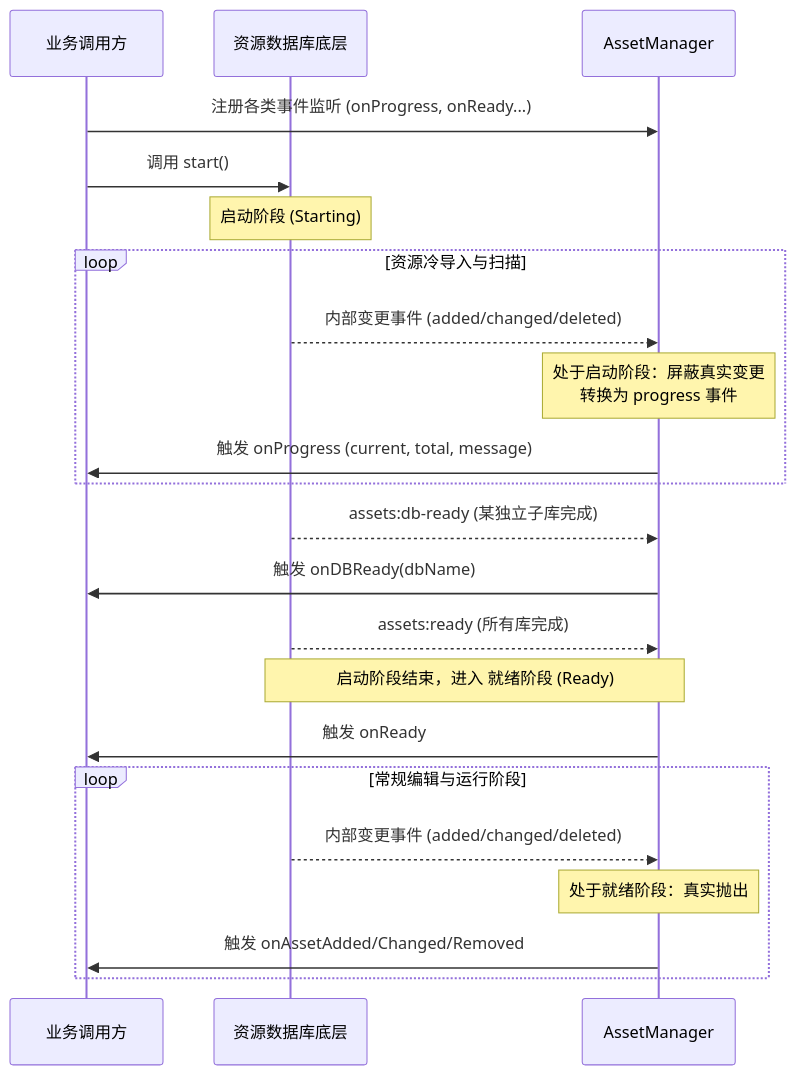
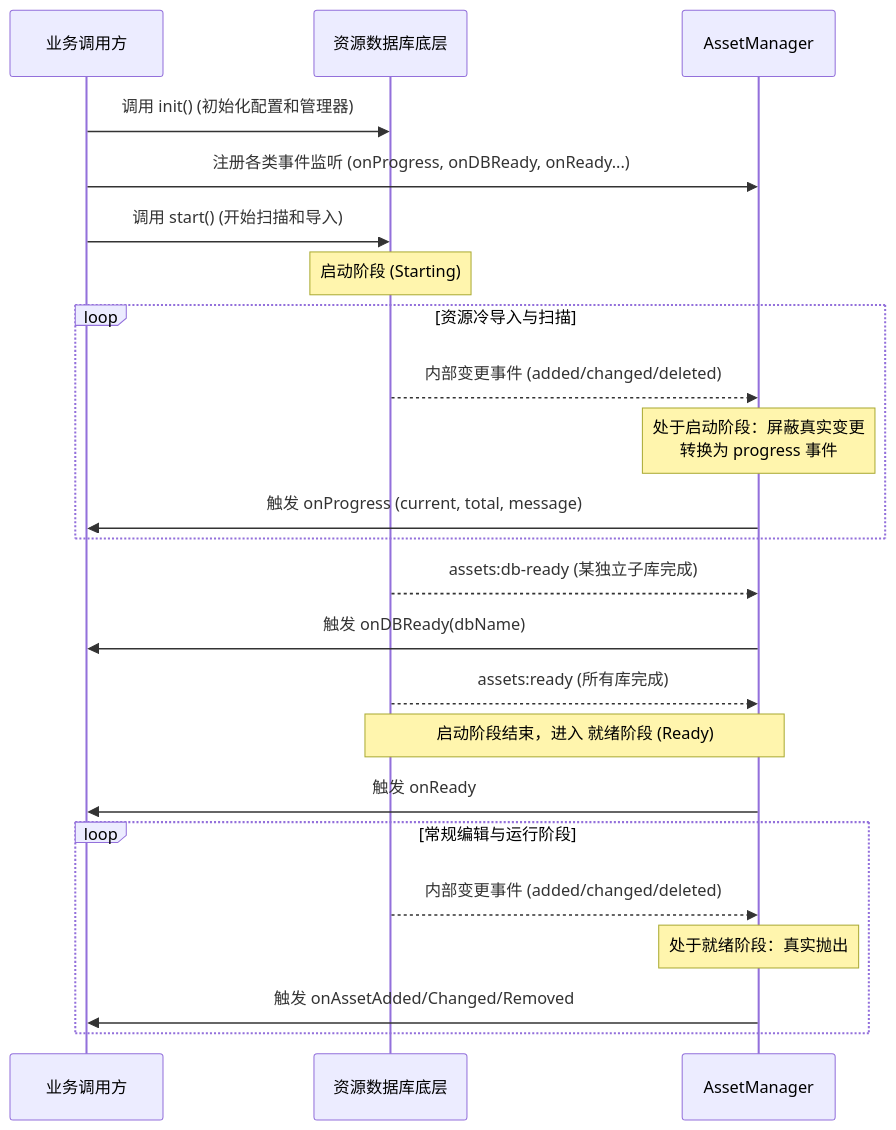
The diagram in docs/dev/core/assets/events-timing.md (Changdw/cocos-cli), drawn with Mermaid before and after one commit. The commit also changed other lines of this file and 2 other files, not shown here.

First line of the commit message:
refactor: change onReady from once to on and improve documentation

````diff
--- a/docs/dev/core/assets/events-timing.md
+++ b/docs/dev/core/assets/events-timing.md
@@ -13,29 +13,30 @@
 ```mermaid
 sequenceDiagram
     participant User as 业务调用方
     participant AssetDB as 资源数据库底层
     participant Manager as AssetManager
 
-    User->>Manager: 注册各类事件监听 (onProgress, onReady...)
-    User->>AssetDB: 调用 start()
+    User->>AssetDB: 调用 init() (初始化配置和管理器)
+    User->>Manager: 注册各类事件监听 (onProgress, onDBReady, onReady...)
+    User->>AssetDB: 调用 start() (开始扫描和导入)
     Note over AssetDB: 启动阶段 (Starting)
 
     loop 资源冷导入与扫描
         AssetDB-->>Manager: 内部变更事件 (added/changed/deleted)
         Note over Manager: 处于启动阶段：屏蔽真实变更<br/>转换为 progress 事件
         Manager->>User: 触发 onProgress (current, total, message)
     end
 
     AssetDB-->>Manager: assets:db-ready (某独立子库完成)
     Manager->>User: 触发 onDBReady(dbName)
 
     AssetDB-->>Manager: assets:ready (所有库完成)
     Note over AssetDB,Manager: 启动阶段结束，进入 就绪阶段 (Ready)
     Manager->>User: 触发 onReady
 
     loop 常规编辑与运行阶段
         AssetDB-->>Manager: 内部变更事件 (added/changed/deleted)
         Note over Manager: 处于就绪阶段：真实抛出
         Manager->>User: 触发 onAssetAdded/Changed/Removed
     end
 ```
````
